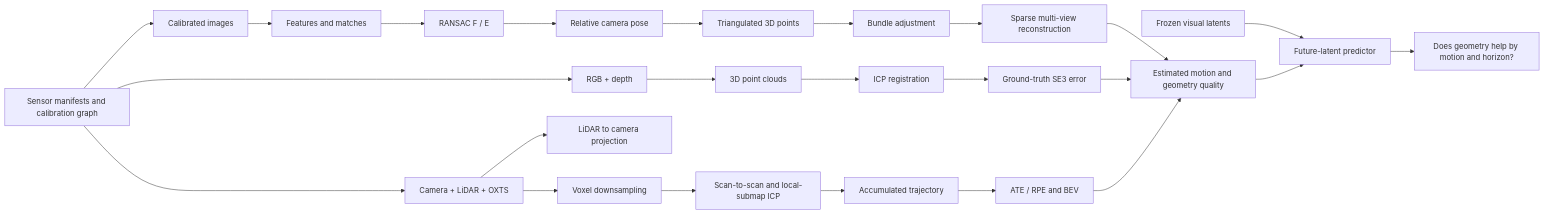
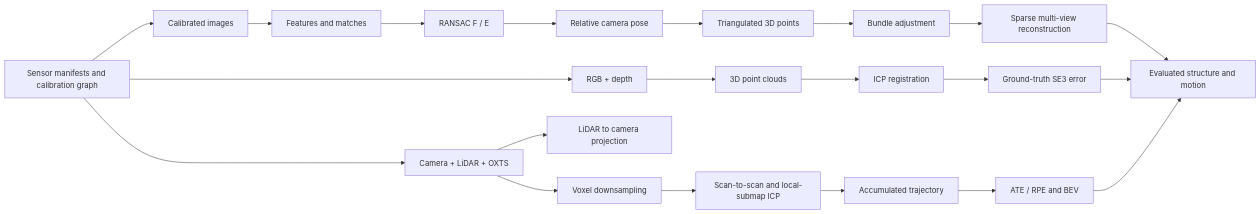
One commit to NishchalMN/SpatialWM changed the diagram in docs/3d_vision_story.md. Above: the diagram before and after it, drawn with Mermaid. The commit also changed other lines of this file and 15 other files, not shown here.

Commit message:
feat(portfolio): add multi-sequence robustness release

````diff
--- a/docs/3d_vision_story.md
+++ b/docs/3d_vision_story.md
@@ -13,29 +15,26 @@
 ```mermaid
 flowchart LR
     U[Sensor manifests and calibration graph] --> A[Calibrated images]
     U --> H[RGB + depth]
     U --> L[Camera + LiDAR + OXTS]
     A --> B[Features and matches]
     B --> C[RANSAC F / E]
     C --> D[Relative camera pose]
     D --> E[Triangulated 3D points]
     E --> F[Bundle adjustment]
     F --> G[Sparse multi-view reconstruction]
 
     H --> I[3D point clouds]
     I --> J[ICP registration]
     J --> K[Ground-truth SE3 error]
 
     L --> V[LiDAR to camera projection]
     L --> M[Voxel downsampling]
     M --> N[Scan-to-scan and local-submap ICP]
     N --> O[Accumulated trajectory]
     O --> P[ATE / RPE and BEV]
 
-    G --> Q[Estimated motion and geometry quality]
+    G --> Q[Evaluated structure and motion]
     K --> Q
     P --> Q
-    R[Frozen visual latents] --> S[Future-latent predictor]
-    Q --> S
-    S --> T[Does geometry help by motion and horizon?]
 ```
````
